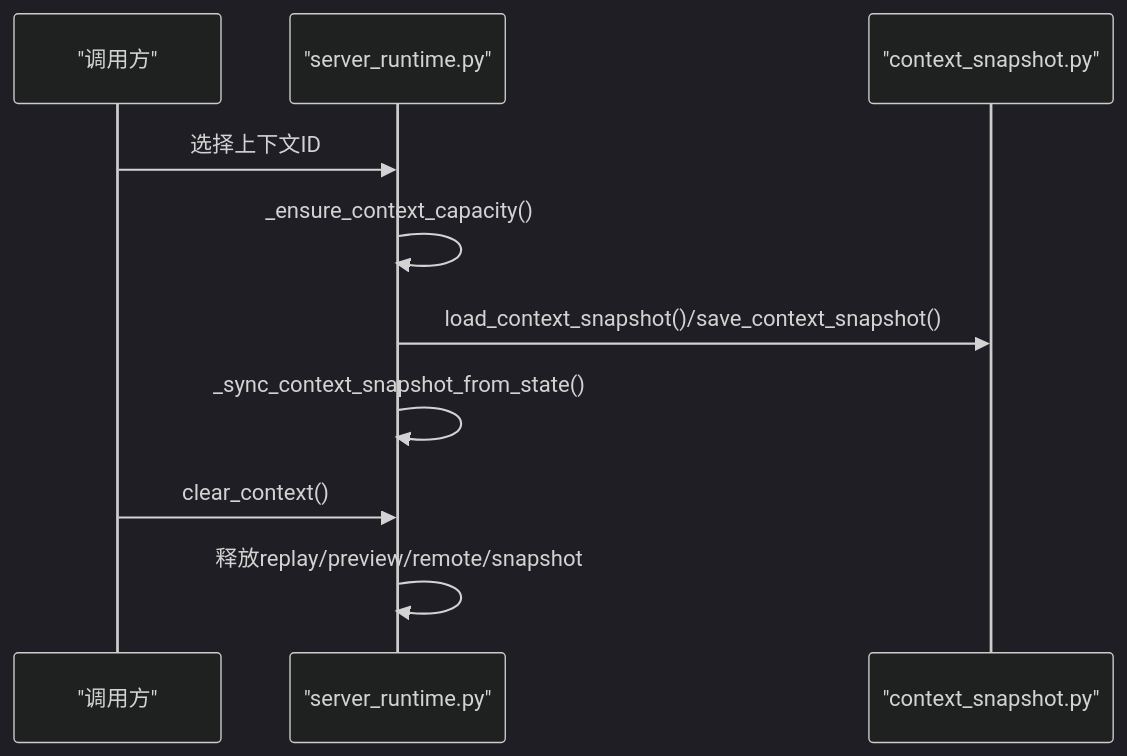
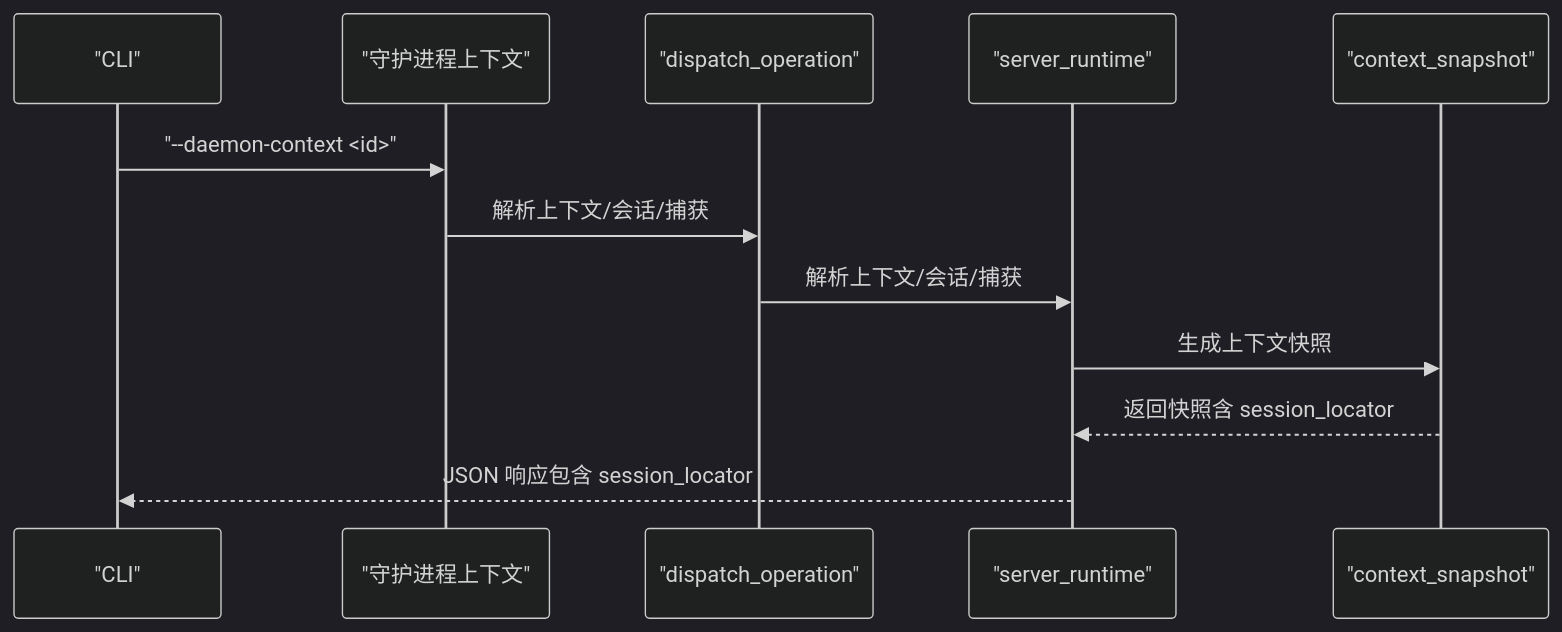
Before and after one commit to haolange/RDC-Tool: the fifth of 13 diagrams in .qoder/repowiki/zh/content/核心概念/会话模型.md, drawn with Mermaid (dark theme). The commit also changed other lines of this file and 180 other files, not shown here.

````diff
--- a/.qoder/repowiki/zh/content/核心概念/会话模型.md
+++ b/.qoder/repowiki/zh/content/核心概念/会话模型.md
@@ -211,12 +260,14 @@
 ```mermaid
 sequenceDiagram
-participant C as "调用方"
-participant SR as "server_runtime.py"
-participant CS as "context_snapshot.py"
-C->>SR : 选择上下文ID
-SR->>SR : _ensure_context_capacity()
-SR->>CS : load_context_snapshot()/save_context_snapshot()
-SR->>SR : _sync_context_snapshot_from_state()
-C->>SR : clear_context()
-SR->>SR : 释放replay/preview/remote/snapshot
+participant CLI as "CLI"
+participant DC as "守护进程上下文"
+participant OP as "dispatch_operation"
+participant RT as "server_runtime"
+participant SNAP as "context_snapshot"
+CLI->>DC : "--daemon-context <id>"
+DC->>OP : 解析上下文/会话/捕获
+OP->>RT : 解析上下文/会话/捕获
+RT->>SNAP : 生成上下文快照
+SNAP-->>RT : 返回快照含 session_locator
+RT-->>CLI : JSON 响应包含 session_locator
 ```
````
